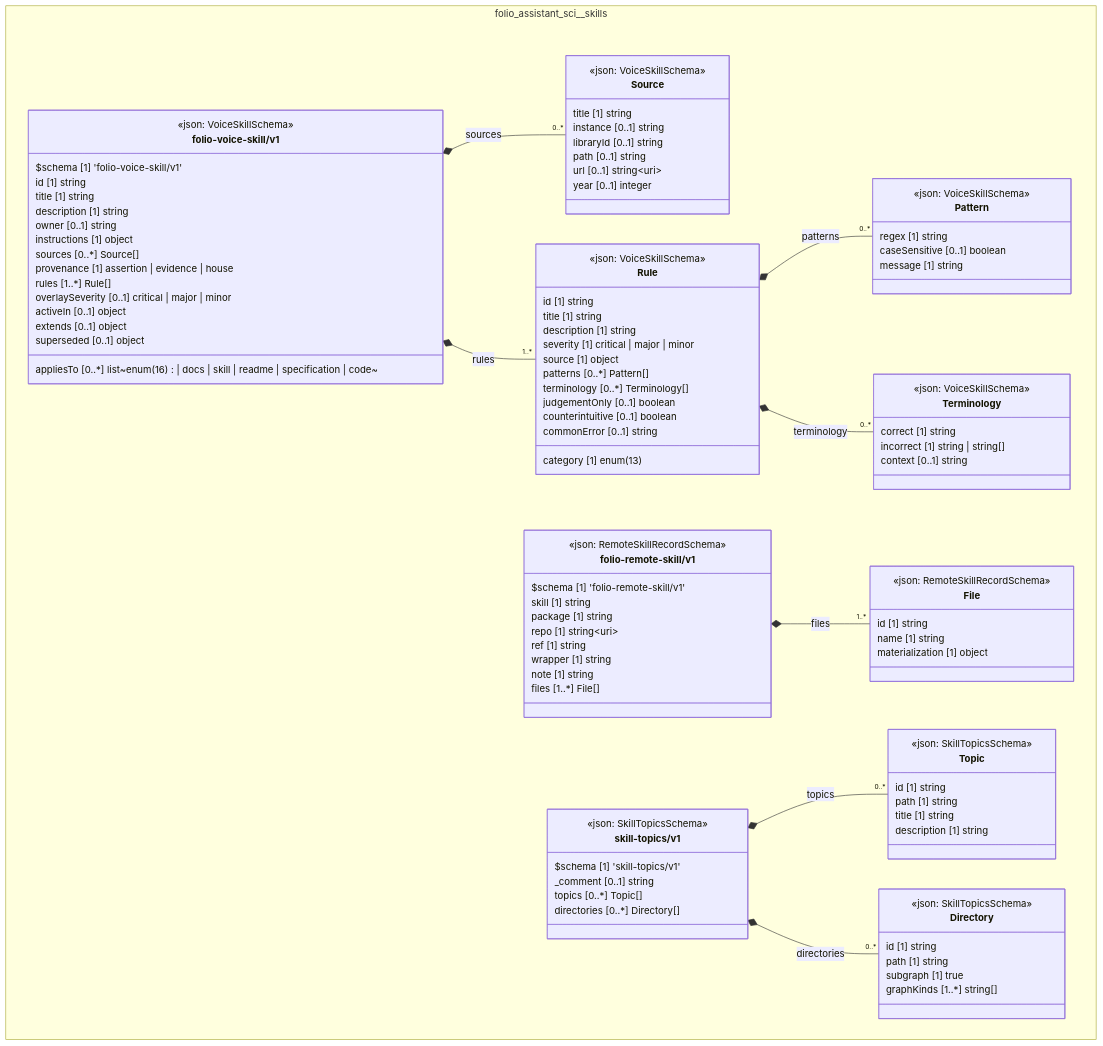
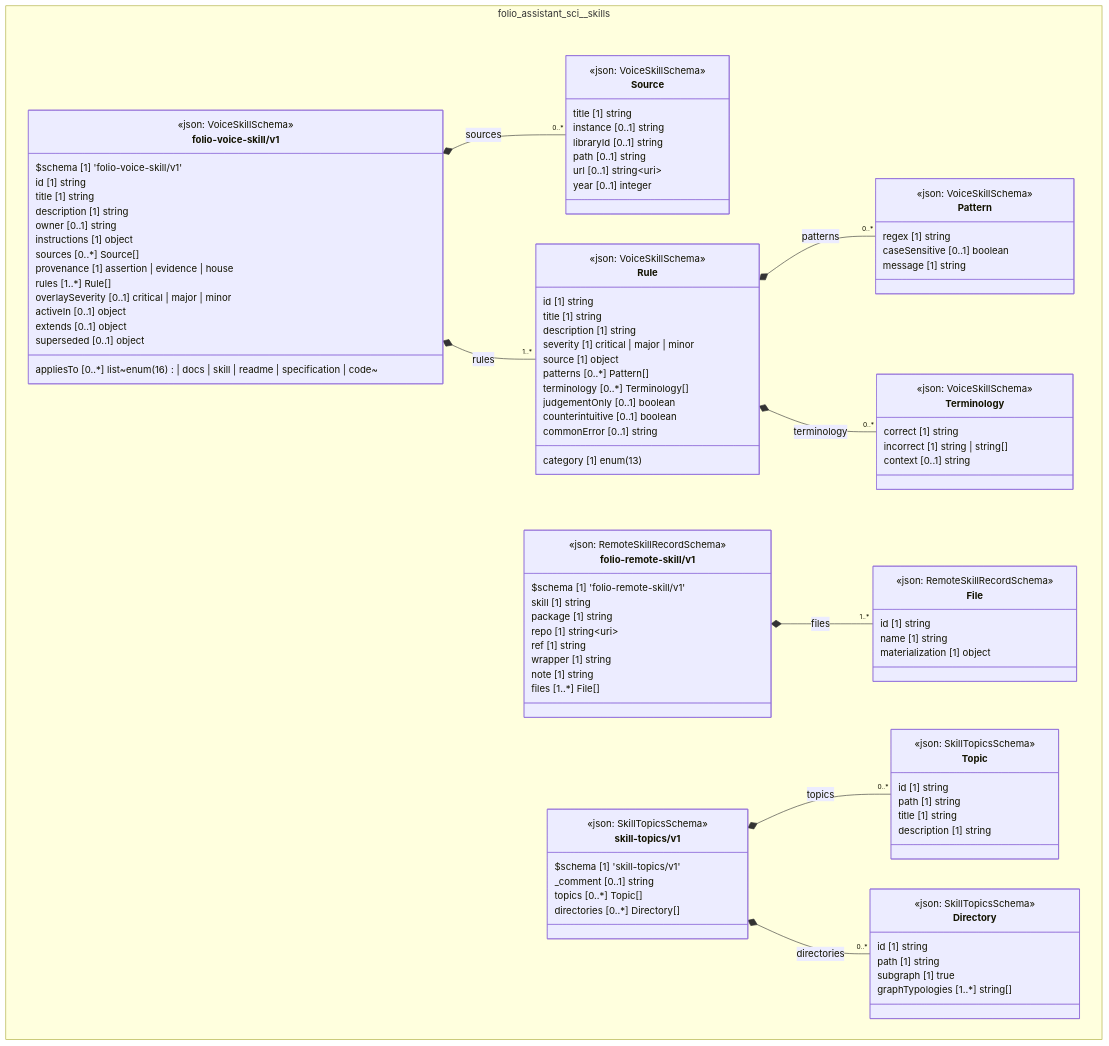
One commit to litlfred/folio-assistant changed the diagram in cat-harness/docs/uml/overview/folio-assistant-sci/skills.md. Above: the diagram before and after it, drawn with Mermaid. The commit also changed other lines of this file and 1369 other files, not shown here.

First line of the commit message:
Rename "graph kind" to "graph typology", everywhere, no alias (#2200)

```diff
--- a/cat-harness/docs/uml/overview/folio-assistant-sci/skills.md
+++ b/cat-harness/docs/uml/overview/folio-assistant-sci/skills.md
@@ -124,7 +124,7 @@
       id [1] string
       path [1] string
       subgraph [1] true
-      graphKinds [1..*] string[]
+      graphTypologies [1..*] string[]
     }
     class folio_assistant_sci_skills_skill_topics_v1_skill_topics_v1["skill-topics/v1"] {
       <<json: SkillTopicsSchema>>
```
